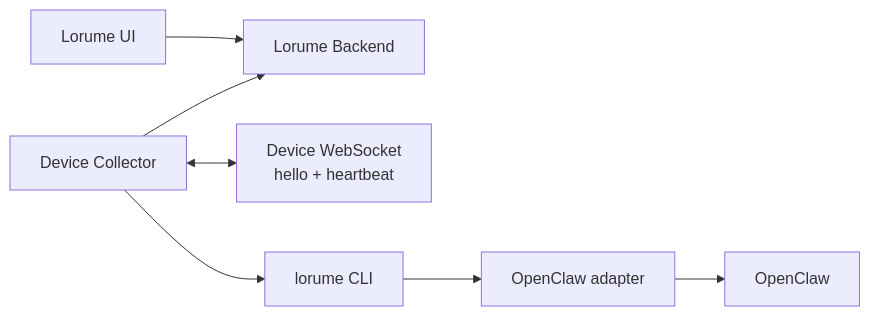
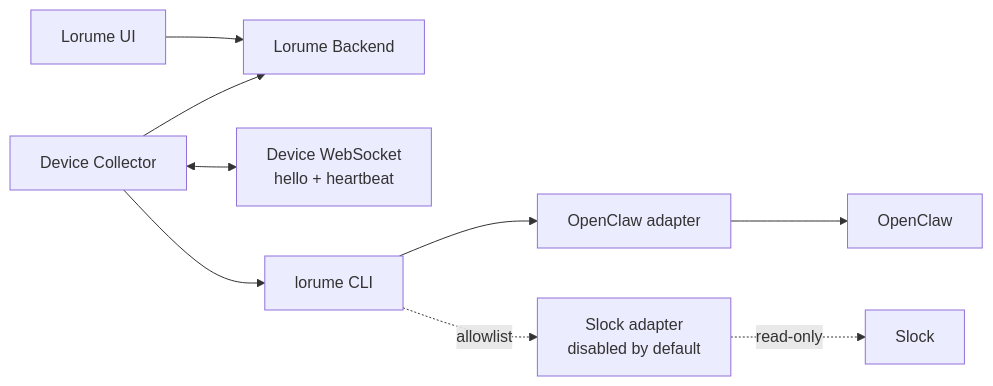
The diagram in docs/product/runtime-device-registration-spec.md (gezilinll/lorume), drawn with Mermaid before and after one commit. The commit also changed other lines of this file and 18 other files, not shown here.

Commit message:
feat(runtime): add slock adapter ingestion

````diff
--- a/docs/product/runtime-device-registration-spec.md
+++ b/docs/product/runtime-device-registration-spec.md
@@ -27,17 +27,21 @@
 ```mermaid
 flowchart LR
   UI["Lorume UI"]
   Backend["Lorume Backend"]
   Control["Device WebSocket<br/>hello + heartbeat"]
   Collector["Device Collector"]
   CLI["lorume CLI"]
   OpenClawAdapter["OpenClaw adapter"]
   OpenClaw["OpenClaw"]
+  SlockAdapter["Slock adapter<br/>disabled by default"]
+  Slock["Slock"]
 
   UI --> Backend
   Collector --> Backend
   Collector <--> Control
   Collector --> CLI
   CLI --> OpenClawAdapter
   OpenClawAdapter --> OpenClaw
+  CLI -. allowlist .-> SlockAdapter
+  SlockAdapter -. read-only .-> Slock
 ```
````
